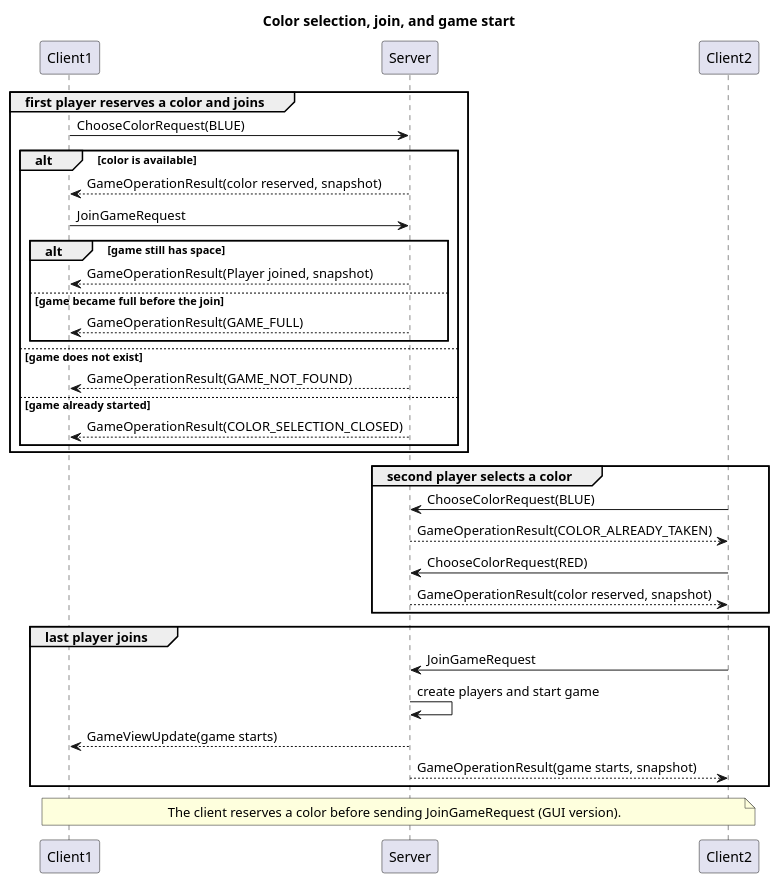
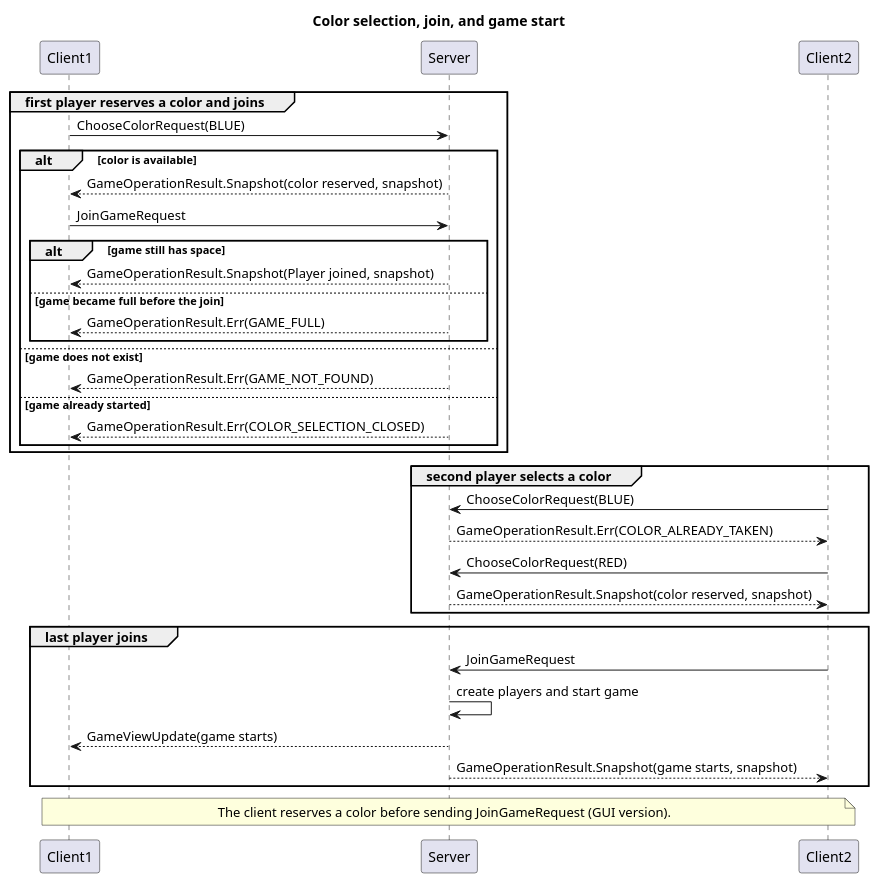
The diagram in UML_Diagram/SequenceDiagrams/03-join-color-and-start.puml (matteoroda05/Mesos), drawn with PlantUML before and after one commit. The commit also changed 9 other files, not shown here.

Commit message:
docs(sequence diagrams): update sequence diagrams to reflect new GameOperationResult structure

```diff
--- a/UML_Diagram/SequenceDiagrams/03-join-color-and-start.puml
+++ b/UML_Diagram/SequenceDiagrams/03-join-color-and-start.puml
@@ -1,47 +1,47 @@
 @startuml
 
 title Color selection, join, and game start
 
 participant Client1
 participant Server
 participant Client2
 
 group first player reserves a color and joins
 Client1->Server: ChooseColorRequest(BLUE)
 
 alt color is available
-Server-->Client1: GameOperationResult(color reserved, snapshot)
+Server-->Client1: GameOperationResult.Snapshot(color reserved, snapshot)
 
 Client1->Server: JoinGameRequest
 alt game still has space
-Server-->Client1: GameOperationResult(Player joined, snapshot)
+Server-->Client1: GameOperationResult.Snapshot(Player joined, snapshot)
 else game became full before the join
-Server-->Client1: GameOperationResult(GAME_FULL)
+Server-->Client1: GameOperationResult.Err(GAME_FULL)
 end
 else game does not exist
-Server-->Client1: GameOperationResult(GAME_NOT_FOUND)
+Server-->Client1: GameOperationResult.Err(GAME_NOT_FOUND)
 else game already started
-Server-->Client1: GameOperationResult(COLOR_SELECTION_CLOSED)
+Server-->Client1: GameOperationResult.Err(COLOR_SELECTION_CLOSED)
 end
 end
 
 group second player selects a color
 Client2->Server: ChooseColorRequest(BLUE)
-Server-->Client2: GameOperationResult(COLOR_ALREADY_TAKEN)
+Server-->Client2: GameOperationResult.Err(COLOR_ALREADY_TAKEN)
 
 Client2->Server: ChooseColorRequest(RED)
-Server-->Client2: GameOperationResult(color reserved, snapshot)
+Server-->Client2: GameOperationResult.Snapshot(color reserved, snapshot)
 end
 
 group last player joins
 Client2->Server: JoinGameRequest
 Server->Server: create players and start game
 Server-->Client1: GameViewUpdate(game starts)
-Server-->Client2: GameOperationResult(game starts, snapshot)
+Server-->Client2: GameOperationResult.Snapshot(game starts, snapshot)
 end
 
 note over Client1, Client2
 The client reserves a color before sending JoinGameRequest (GUI version).
 end note
 
 @enduml
```
